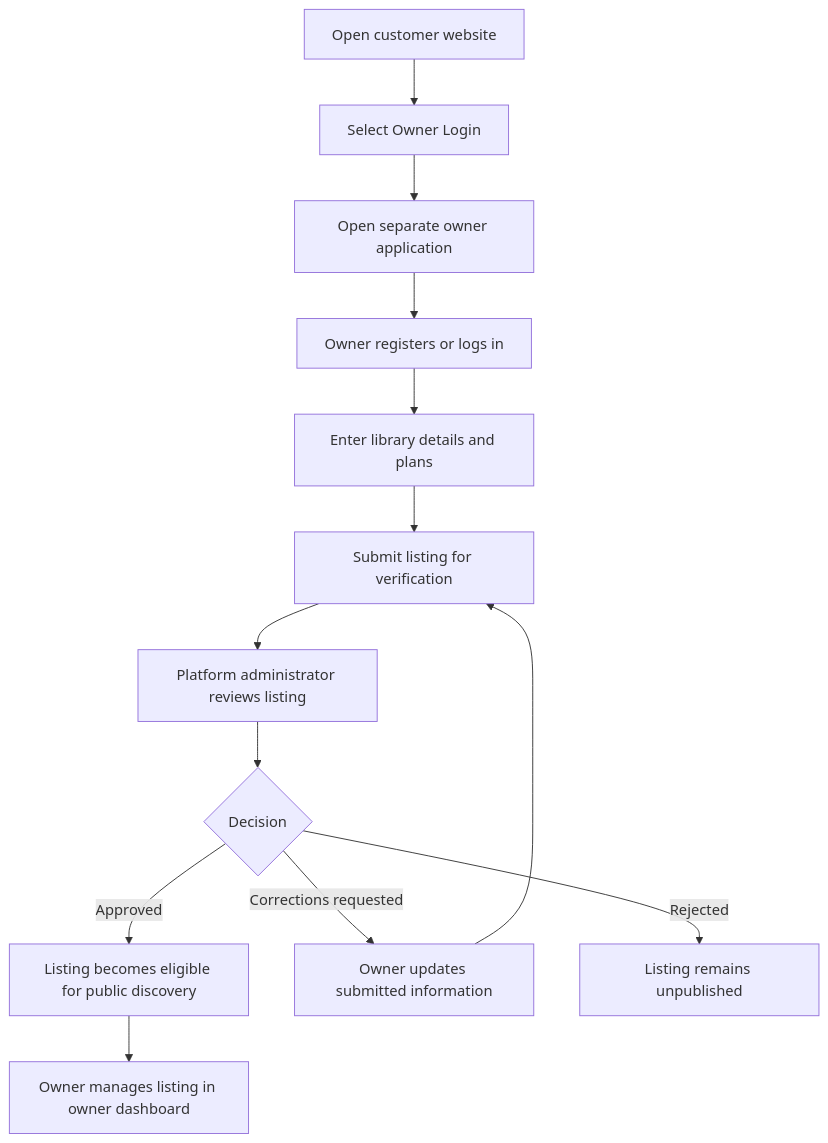
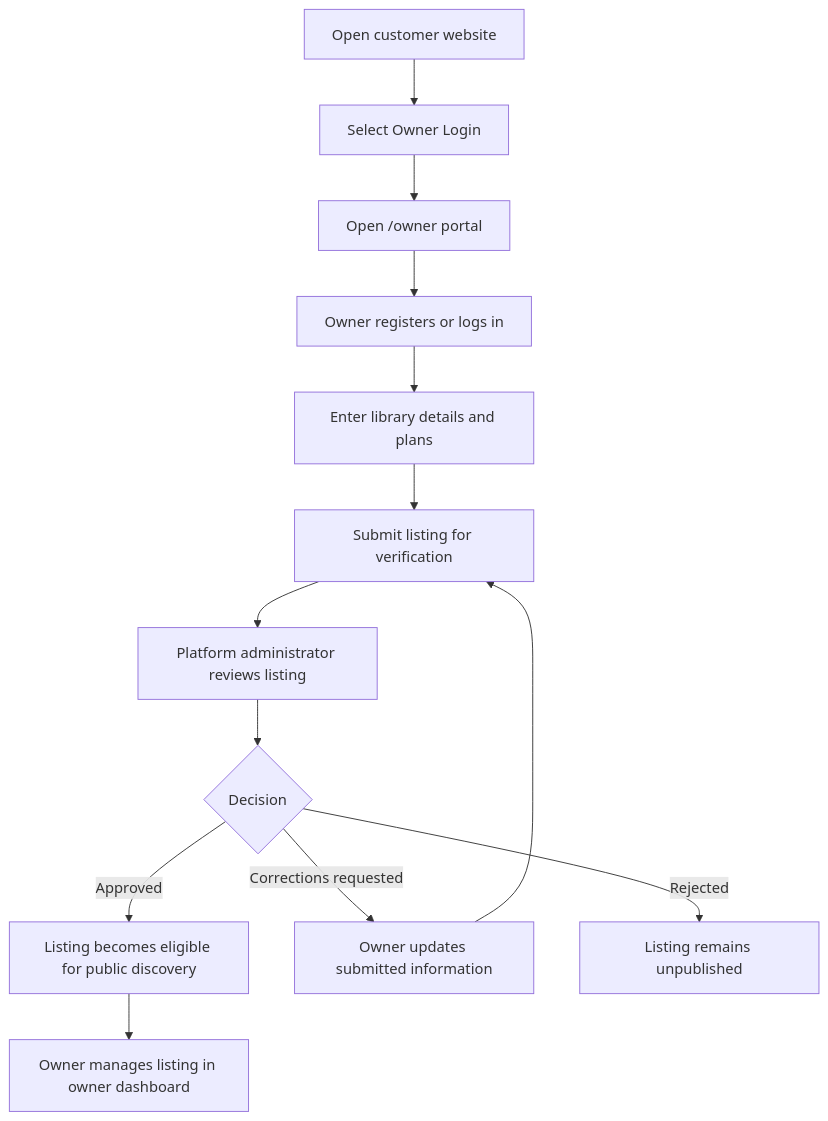
One commit to ankit-70177/library-platform changed the third of 5 diagrams in README.md. Above: the diagram before and after it, drawn with Mermaid. The commit also changed other lines of this file and 49 other files, not shown here.

````diff
--- a/README.md
+++ b/README.md
@@ -98,15 +97,15 @@
 ```mermaid
 flowchart TD
   Visit[Open customer website] --> Entry[Select Owner Login]
-  Entry --> App[Open separate owner application]
+  Entry --> App[Open /owner portal]
   App --> Auth[Owner registers or logs in]
   Auth --> Onboard[Enter library details and plans]
   Onboard --> Submit[Submit listing for verification]
   Submit --> Review[Platform administrator reviews listing]
   Review --> Decision{Decision}
   Decision -->|Approved| Visible[Listing becomes eligible for public discovery]
   Decision -->|Corrections requested| Correct[Owner updates submitted information]
   Correct --> Submit
   Decision -->|Rejected| Rejected[Listing remains unpublished]
   Visible --> Manage[Owner manages listing in owner dashboard]
 ```
````
